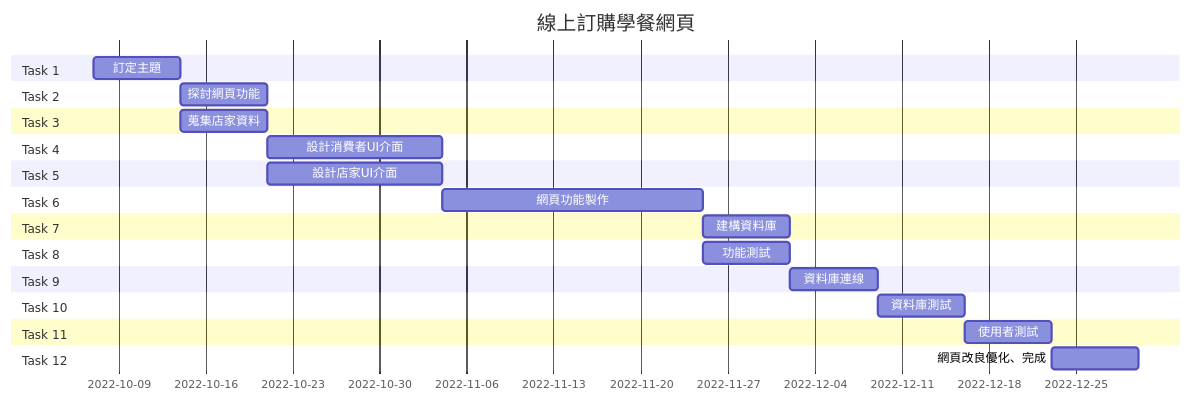
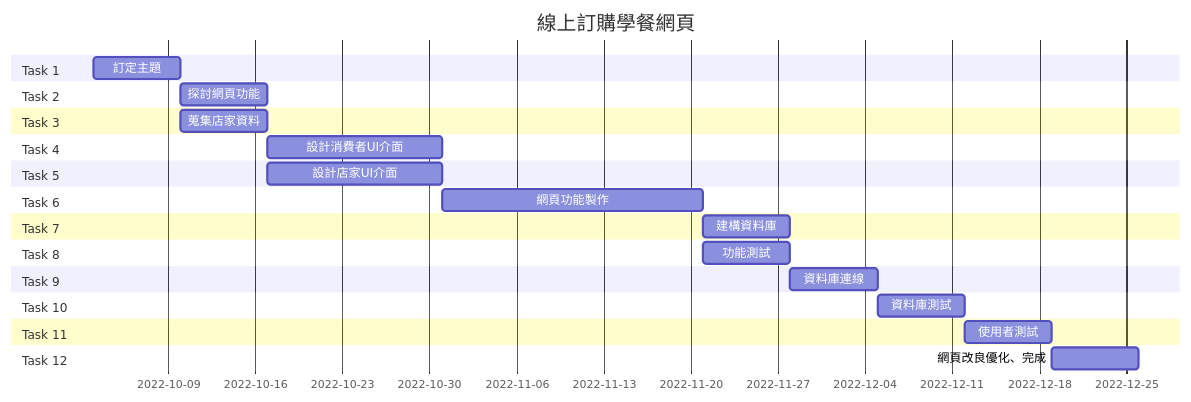
Before and after one commit to woni1215/System-analysis-team3: the diagram in hw2_20221010.md, drawn with Mermaid. The commit also changed other lines of this file, not shown here.

````diff
--- a/hw2_20221010.md
+++ b/hw2_20221010.md
@@ -11,29 +15,29 @@
 ```mermaid
 gantt
     title 線上訂購學餐網頁
     dateFormat  YYYY-MM-DD
     section Task 1
-    訂定主題 :t1 , 2022-10-07 , 1w
+    訂定主題 :t1 , 2022-10-03 , 1w
     section Task 2
     探討網頁功能 :t2 , after t1 , 1w
     section Task 3
     蒐集店家資料 :t3 , after t1 , 1w
     section Task 4
     設計消費者UI介面 :t4 , after t2 , 2w
     section Task 5
     設計店家UI介面 :t5 , after t2 , 2w
     section Task 6
     網頁功能製作 :t6 , after t4 , 3w
     section Task 7
     建構資料庫 :t7 , after t6 , 1w
     section Task 8
     功能測試 :t8 , after t6 , 1w
     section Task 9
     資料庫連線 :t9 , after t8 , 1w
     section Task 10
     資料庫測試 :t10 , after t9 , 1w
     section Task 11
     使用者測試 :t11 , after t10 , 1w
     section Task 12
     網頁改良優化、完成 :t12 , after t11 , 1w
 ```
````
